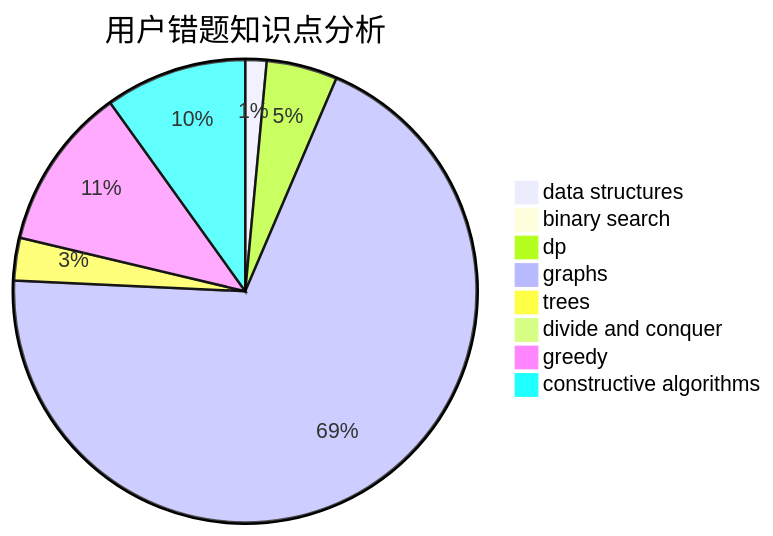
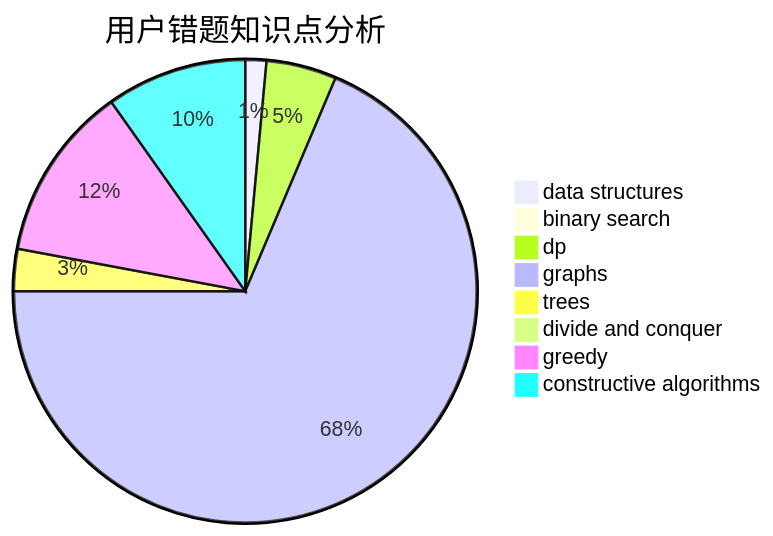
Before and after one commit to sherpahu/cfrs.github.io: the third of 3 diagrams in docs/user/u588.md, drawn with Mermaid. The commit also changed other lines of this file and 2770 other files, not shown here.

````diff
--- a/docs/user/u588.md
+++ b/docs/user/u588.md
@@ -36,11 +36,11 @@
 ```mermaid
 pie title 用户错题知识点分析
     "data structures" :  3
     "binary search" :  0
     "dp" :  10
     "graphs" :  140
     "trees" :  6
     "divide and conquer" :  1
-    "greedy" :  23
+    "greedy" :  25
     "constructive algorithms" :  20
 ```
````
